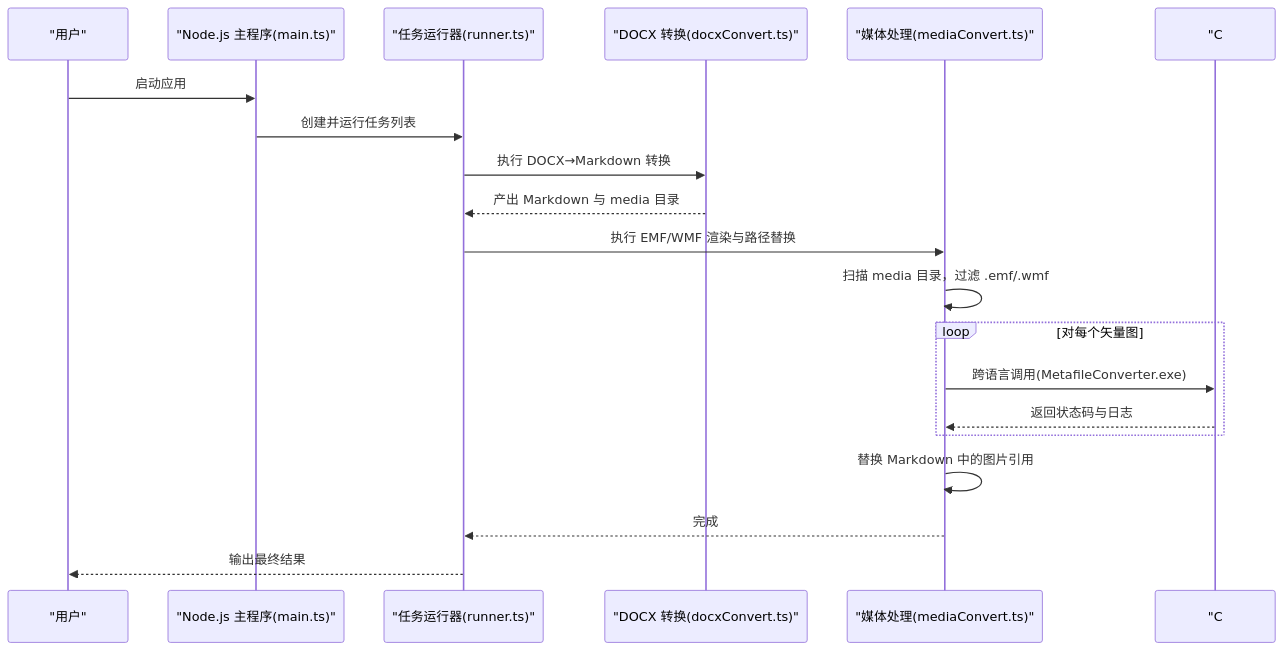
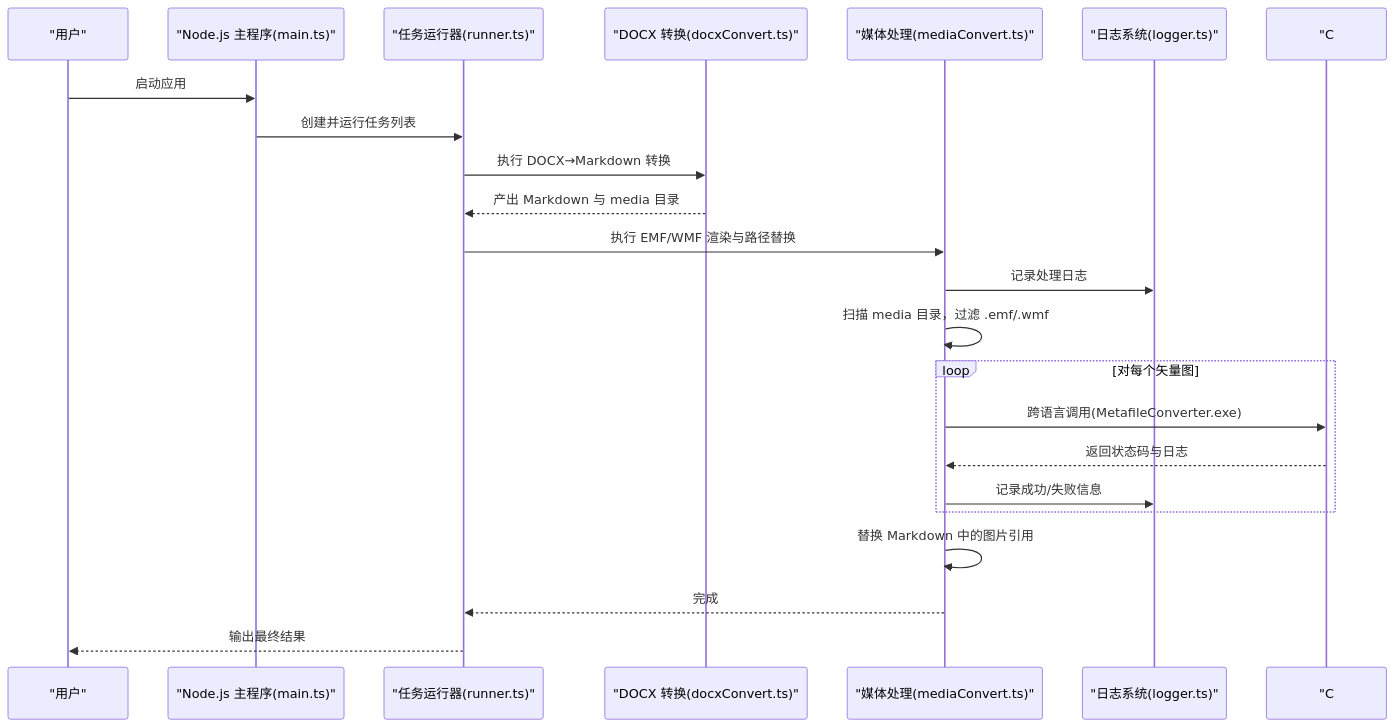
One commit to hllshiro/doc2md-cli changed the second of 7 diagrams in .qoder/repowiki/zh/content/矢量媒体处理.md. Above: the diagram before and after it, drawn with Mermaid. The commit also changed other lines of this file and 5 other files, not shown here.

````diff
--- a/.qoder/repowiki/zh/content/矢量媒体处理.md
+++ b/.qoder/repowiki/zh/content/矢量媒体处理.md
@@ -127,22 +138,25 @@
 ```mermaid
 sequenceDiagram
 participant U as "用户"
 participant N as "Node.js 主程序(main.ts)"
 participant R as "任务运行器(runner.ts)"
 participant D as "DOCX 转换(docxConvert.ts)"
 participant M as "媒体处理(mediaConvert.ts)"
+participant L as "日志系统(logger.ts)"
 participant C as "C# 渲染器(Program.cs)"
 U->>N : 启动应用
 N->>R : 创建并运行任务列表
 R->>D : 执行 DOCX→Markdown 转换
 D-->>R : 产出 Markdown 与 media 目录
 R->>M : 执行 EMF/WMF 渲染与路径替换
+M->>L : 记录处理日志
 M->>M : 扫描 media 目录，过滤 .emf/.wmf
 loop 对每个矢量图
 M->>C : 跨语言调用(MetafileConverter.exe)
 C-->>M : 返回状态码与日志
+M->>L : 记录成功/失败信息
 end
 M->>M : 替换 Markdown 中的图片引用
 M-->>R : 完成
 R-->>U : 输出最终结果
 ```
````
